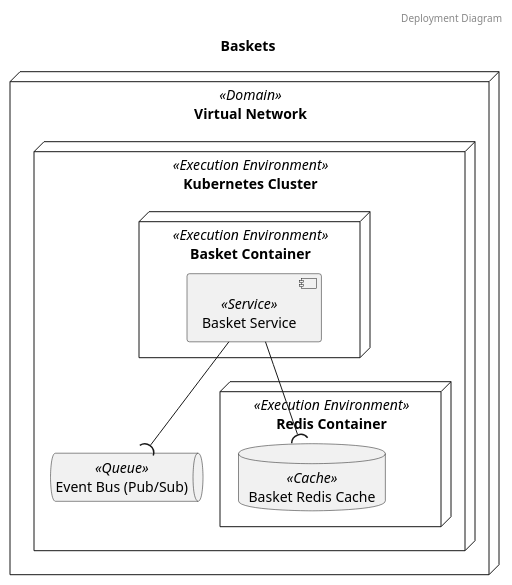
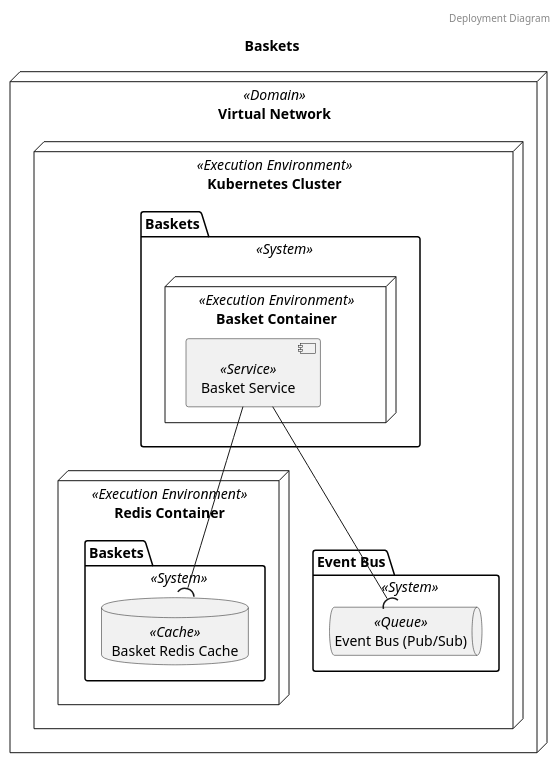
One commit to garrettsutula/example-trellis-project changed the second of 4 diagrams in diagrams/systems/Baskets.puml. Above: the diagram before and after it, drawn with PlantUML. The commit also changed other lines of this file and 13 other files, not shown here.

```diff
--- a/diagrams/systems/Baskets.puml
+++ b/diagrams/systems/Baskets.puml
@@ -15,18 +15,25 @@
 @startuml Deployment Diagram Baskets
 header Deployment Diagram
 title Baskets
 	node "Virtual Network" as Virtual_Network <<Domain>> {
 		node "Kubernetes Cluster" as Kubernetes_Cluster <<Execution Environment>> {
 			node "Redis Container" as Redis_Container <<Execution Environment>> {
-				database "Basket Redis Cache" as Basket_Redis_Cache <<Cache>>
+				package "Baskets" as Baskets_Redis_Container_package <<System>>{
+					database "Basket Redis Cache" as Basket_Redis_Cache <<Cache>>
+				}
 			}
-			queue "Event Bus (Pub/Sub)" as Event_Bus_Pub_Sub <<Queue>>
-			node "Basket Container" as Basket_Container <<Execution Environment>> {
-				component "Basket Service" as Basket_Service <<Service>>
+			package "Event Bus" as Event_Bus_Kubernetes_Cluster_package <<System>>{
+				queue "Event Bus (Pub/Sub)" as Event_Bus_Pub_Sub <<Queue>>
+			}
+			package "Baskets" as Baskets_Kubernetes_Cluster_package <<System>>{
+				node "Basket Container" as Basket_Container <<Execution Environment>> {
+					component "Basket Service" as Basket_Service <<Service>>
+				}
+
 			}
 		}
 	}
 
 	Basket_Service -down-( Basket_Redis_Cache
 	Basket_Service -down-( Event_Bus_Pub_Sub
 @enduml
```
